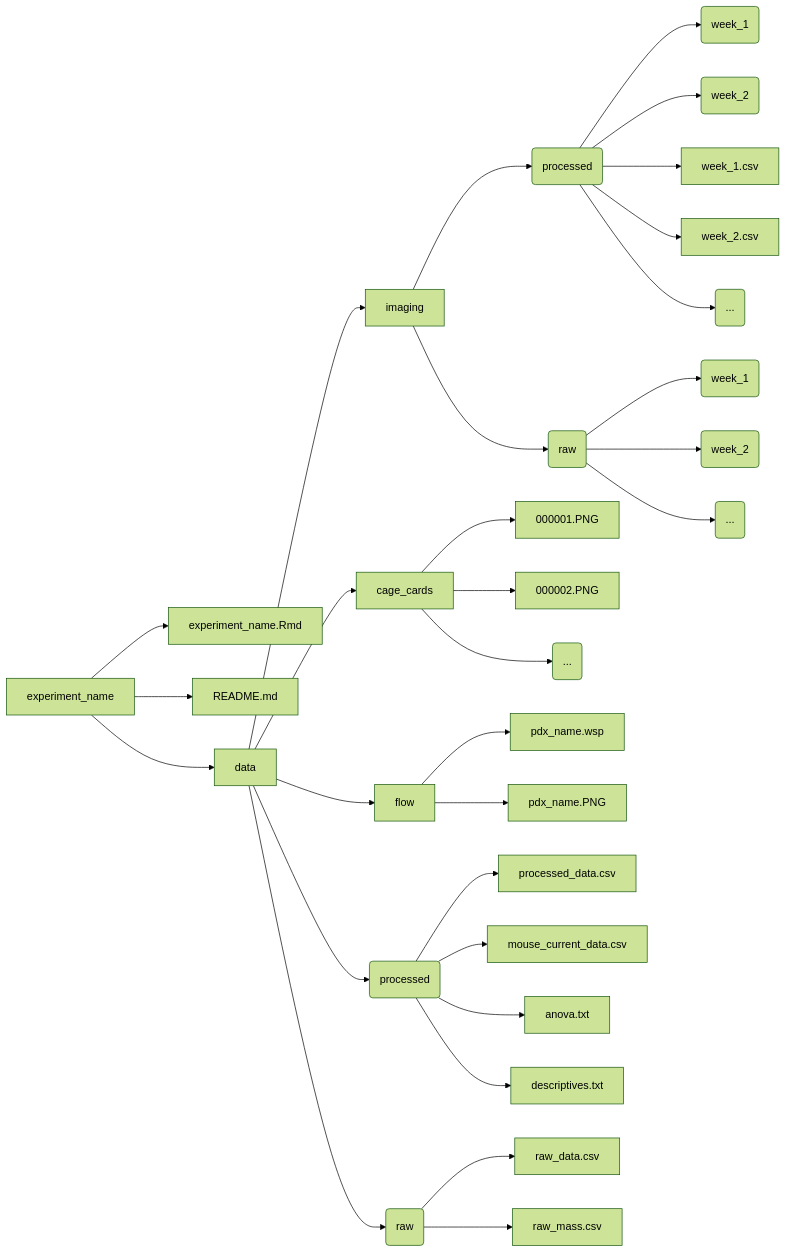
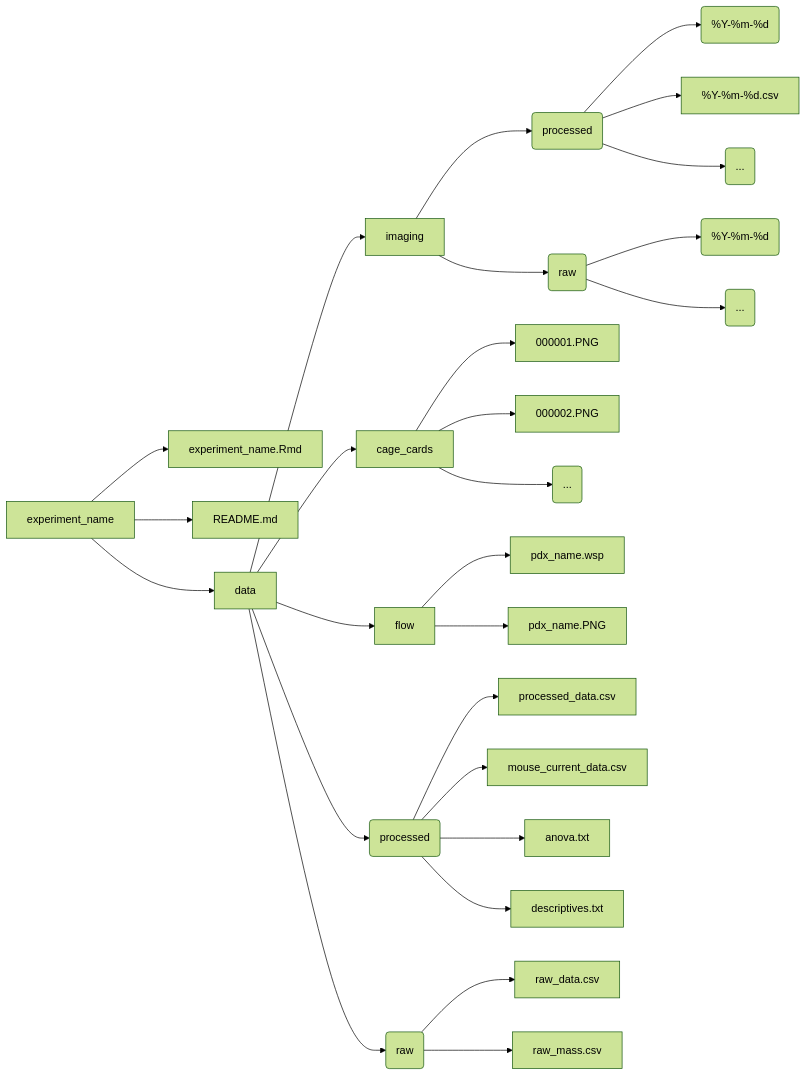
One commit to mmccoy-01/bioluminescent_imaging_experimental_template changed the diagram in README.md. Above: the diagram before and after it, drawn with Mermaid (forest theme). The commit also changed other lines of this file, not shown here.

````diff
--- a/README.md
+++ b/README.md
@@ -50,44 +47,41 @@
 ```mermaid
 graph LR
 experiment_name --> experiment_name.Rmd
 experiment_name --> README.md
 experiment_name --> data
 
 data --> imaging
 
 imaging --> G(processed)
 
-G(processed) --> A(week_1)
-G(processed) --> B(week_2)
-G(processed) --> week_1.csv
-G(processed) --> week_2.csv
+G(processed) --> A(%Y-%m-%d)
+G(processed) --> %Y-%m-%d.csv
 G(processed) --> I(...)
 
 imaging --> E(raw)
 
-E(raw) --> C(week_1)
-E(raw) --> D(week_2)
+E(raw) --> C(%Y-%m-%d)
 E(raw) --> J(...)
 
 data --> cage_cards
 
 cage_cards --> 000001.PNG
 cage_cards --> 000002.PNG
 cage_cards --> K(...)
 
 data --> flow
 
 flow --> pdx_name.wsp
 flow --> pdx_name.PNG
 
 data --> H(processed)
 
 H(processed) --> processed_data.csv
 H(processed) --> mouse_current_data.csv
 H(processed) --> anova.txt
 H(processed) --> descriptives.txt
 data --> F(raw)
 
 F(raw) --> raw_data.csv
 F(raw) --> raw_mass.csv
 ```
````
